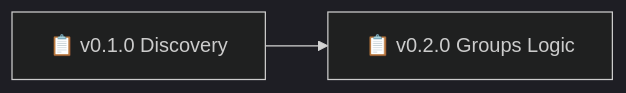
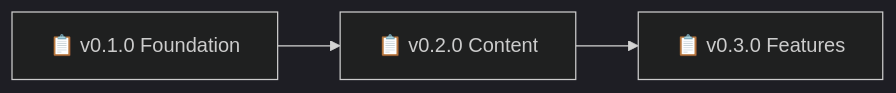
One commit to nonlinear-studio/nonlinear-studio.github.io changed the diagram in backstage/ROADMAP.md. Above: the diagram before and after it, drawn with Mermaid (dark theme). The commit also changed other lines of this file, not shown here.

Commit message:
Roadmap: Replace Agregore epics with blog-relevant epics (Foundation/Content/Features)

````diff
--- a/backstage/ROADMAP.md
+++ b/backstage/ROADMAP.md
@@ -14,6 +14,8 @@
 ```mermaid
 graph LR
-    A[📋 v0.1.0 Discovery]
-    B[📋 v0.2.0 Groups Logic]
+    A[📋 v0.1.0 Foundation]
+    B[📋 v0.2.0 Content]
+    C[📋 v0.3.0 Features]
     A --> B
+    B --> C
 ```
````
